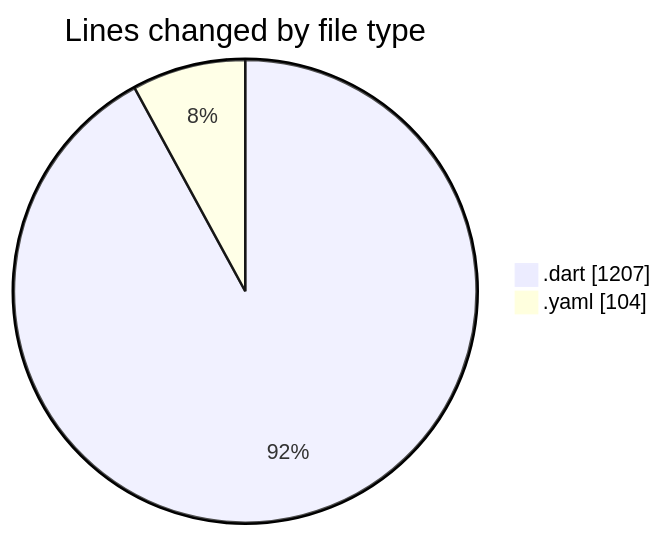
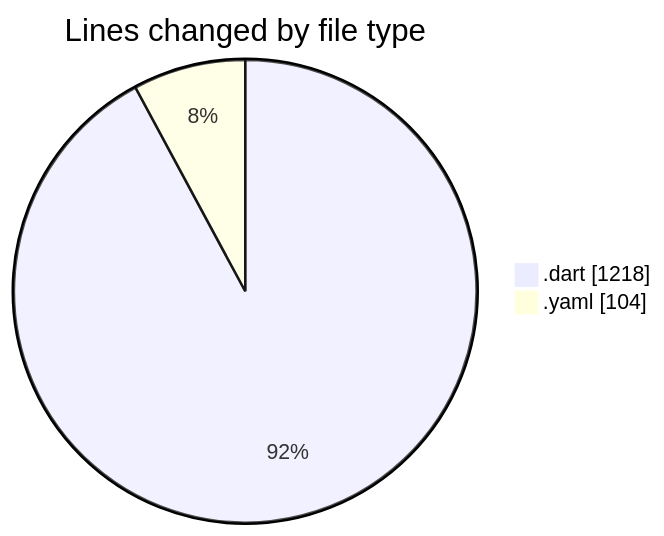
One commit to donsfak/code-tracking changed the first of 2 diagrams in 2025-03-08/uber_clone/README.md. Above: the diagram before and after it, drawn with Mermaid. The commit also changed other lines of this file and 1 other file, not shown here.

````diff
--- a/2025-03-08/uber_clone/README.md
+++ b/2025-03-08/uber_clone/README.md
@@ -22,6 +22,6 @@
 ```mermaid
 pie showData
 title Lines changed by file type
-".dart" : 1207
+".dart" : 1218
 ".yaml" : 104
 ```
````
